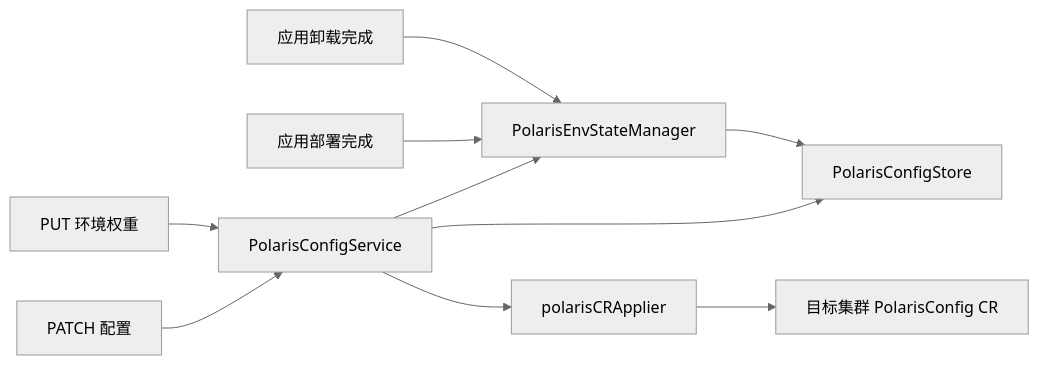
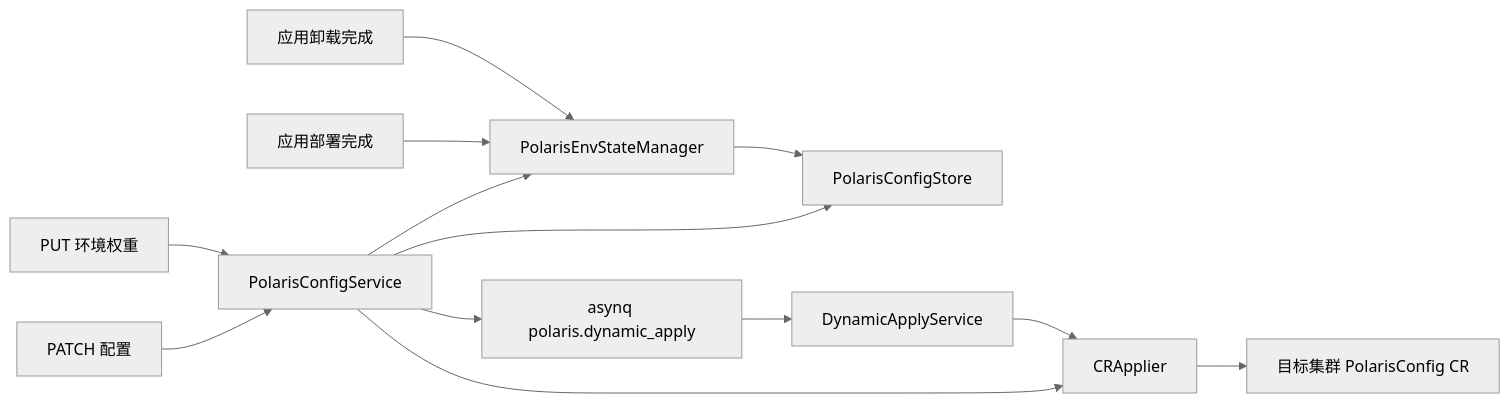
The first of 4 diagrams in bkms-server/design_notes/polaris_config_auto_sync.md (JoJohw/blueking-service-governance), drawn with Mermaid (neutral theme) before and after one commit. The commit also changed other lines of this file and 30 other files, not shown here.

````diff
--- a/bkms-server/design_notes/polaris_config_auto_sync.md
+++ b/bkms-server/design_notes/polaris_config_auto_sync.md
@@ -114,13 +135,16 @@
 ```mermaid
 flowchart LR
     Patch["PATCH 配置"] --> Service["PolarisConfigService"]
     PutWeight["PUT 环境权重"] --> Service
     Service --> ConfigStore["PolarisConfigStore"]
     Service --> StateManager["PolarisEnvStateManager"]
-    Service --> Applier["polarisCRApplier"]
+    Service --> Queue["asynq polaris.dynamic_apply"]
+    Service --> Applier["CRApplier"]
+    Queue --> DynamicApply["DynamicApplyService"]
+    DynamicApply --> Applier
     Applier --> Cluster["目标集群 PolarisConfig CR"]
 
     Deploy["应用部署完成"] --> StateManager
     Uninstall["应用卸载完成"] --> StateManager
     StateManager --> ConfigStore
 ```
````
